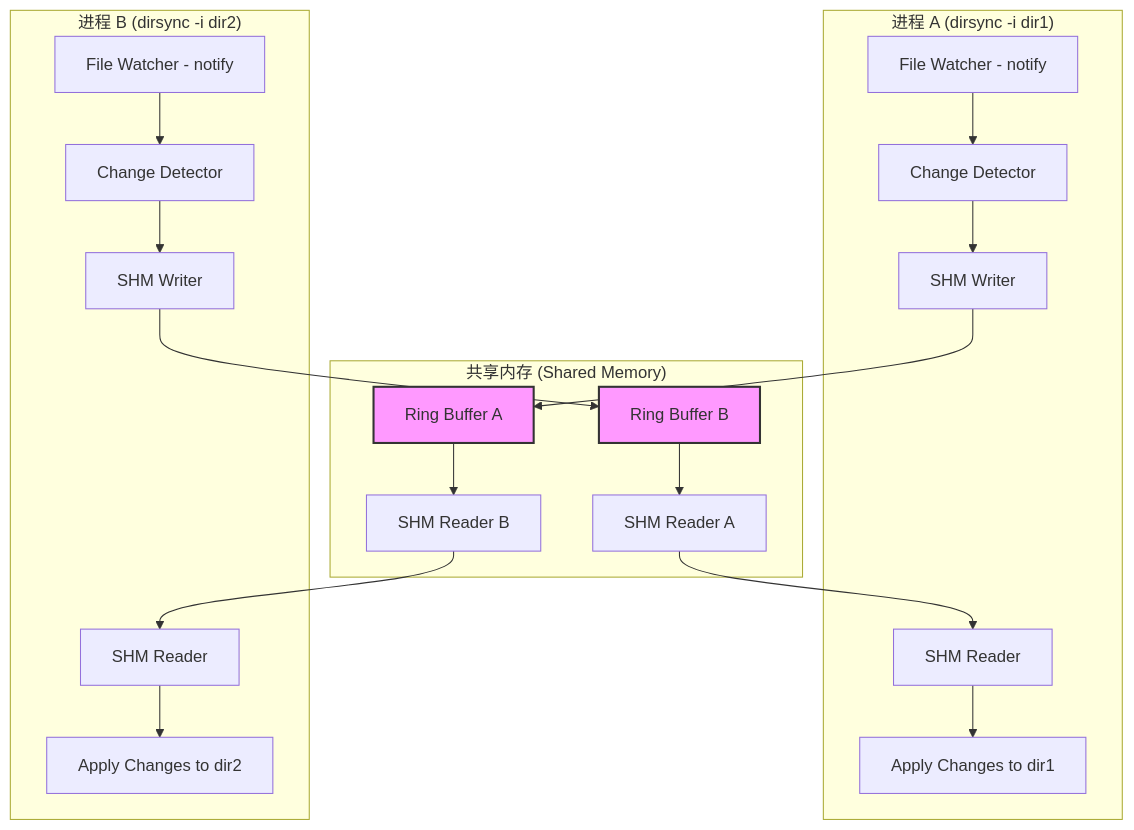
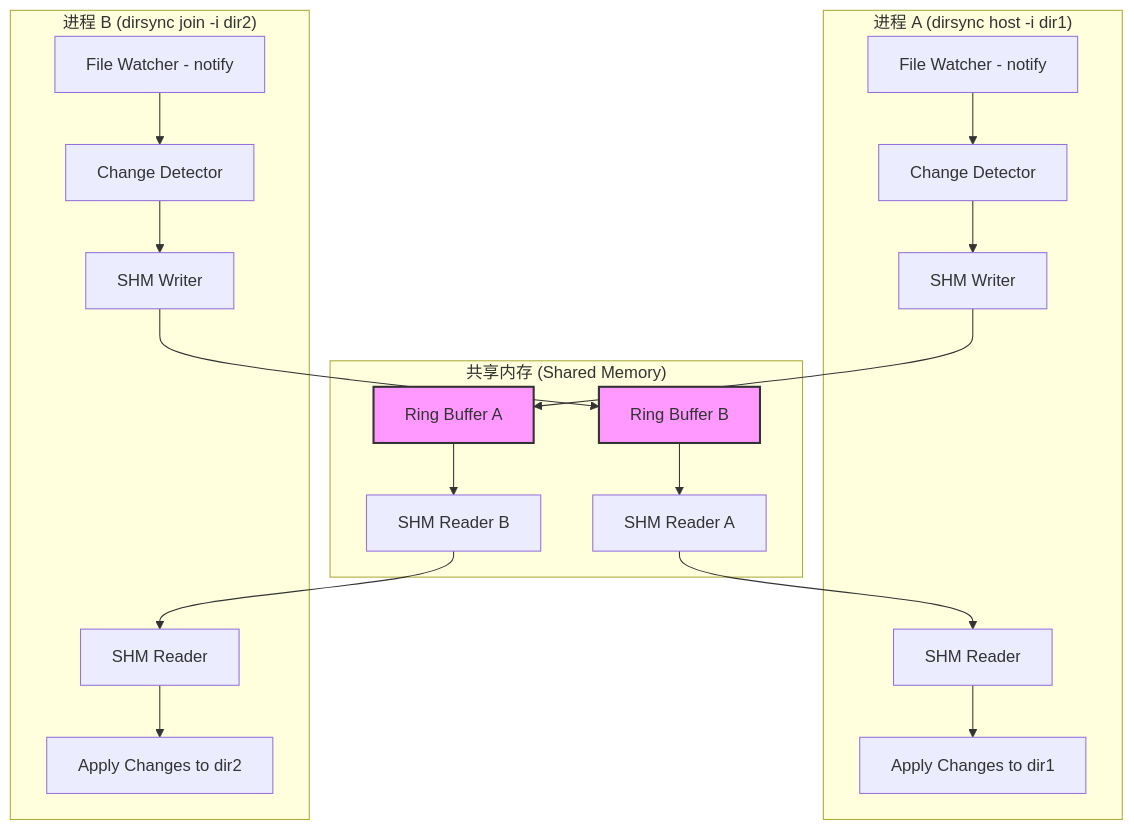
One commit to GreyRaphael/dirsync changed the first of 10 diagrams in docs/development-plan.md. Above: the diagram before and after it, drawn with Mermaid. The commit also changed other lines of this file and 4 other files, not shown here.

````diff
--- a/docs/development-plan.md
+++ b/docs/development-plan.md
@@ -11,27 +11,27 @@
 ```mermaid
 graph TB
-    subgraph PA["进程 A (dirsync -i dir1)"]
+    subgraph PA["进程 A (dirsync host -i dir1)"]
         WA[File Watcher - notify] --> CA[Change Detector]
         CA --> SWA[SHM Writer]
         SRA[SHM Reader] --> MA[Apply Changes to dir1]
     end
 
     subgraph SHM["共享内存 (Shared Memory)"]
         SHA[Ring Buffer A] --> SRB[SHM Reader B]
         SHB[Ring Buffer B] --> SRA2[SHM Reader A]
     end
 
-    subgraph PB["进程 B (dirsync -i dir2)"]
+    subgraph PB["进程 B (dirsync join -i dir2)"]
         WB[File Watcher - notify] --> CB[Change Detector]
         CB --> SWB[SHM Writer]
         SRB2[SHM Reader] --> MB[Apply Changes to dir2]
     end
 
     SWA --> SHA
     SWB --> SHB
     SRA2 --> SRA
     SRB --> SRB2
 
     style SHA fill:#f9f,stroke:#333,stroke-width:2px
     style SHB fill:#f9f,stroke:#333,stroke-width:2px
 ```
````
